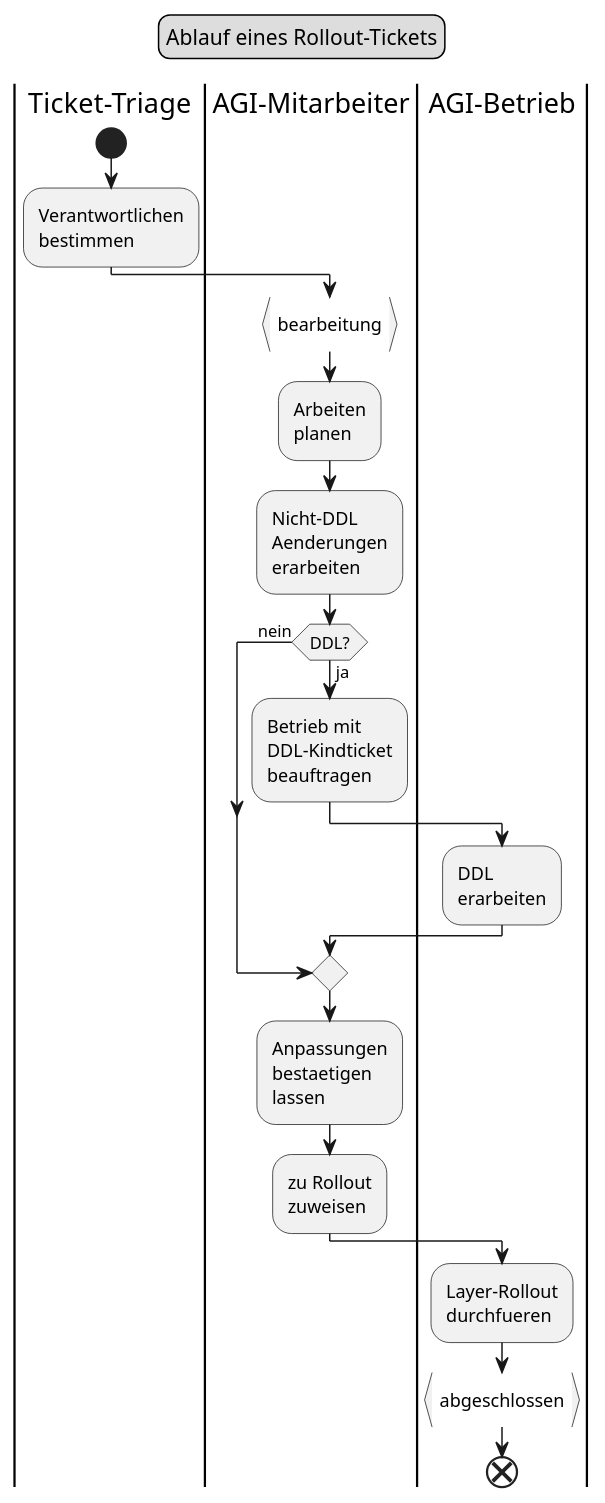
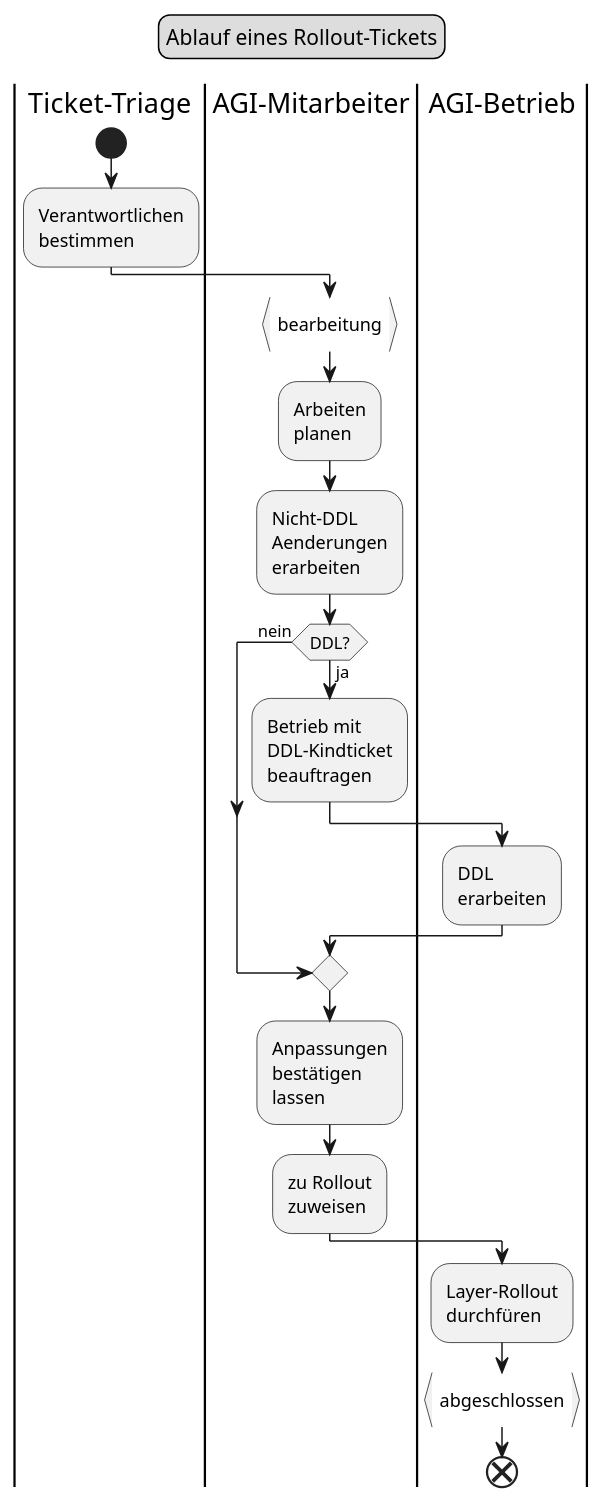
Before and after one commit to ojeker/docktick: the diagram in puml/src/flow_rollout.puml, drawn with PlantUML. The commit also changed 18 other files, not shown here.

Commit message:
Diagramme mit Umlauten versehen

```diff
--- a/puml/src/flow_rollout.puml
+++ b/puml/src/flow_rollout.puml
@@ -1,50 +1,50 @@
 @startuml
 legend top
 	Ablauf eines Rollout-Tickets
 end legend
 |Ticket-Triage|
 start
 :Verantwortlichen
 bestimmen;
 |AGI-Mitarbeiter|
 
 :bearbeitung}
 
 :Arbeiten
 planen;
 
 :Nicht-DDL
 Aenderungen
 erarbeiten;
 
 if (DDL?) then (nein)
 
 else (ja)
 
 :Betrieb mit
 DDL-Kindticket
 beauftragen;
 
 |AGI-Betrieb|
 
 :DDL
 erarbeiten;
 
 endif
 
 |AGI-Mitarbeiter|
 :Anpassungen
-bestaetigen
+bestätigen
 lassen;
 
 :zu Rollout
 zuweisen;
 
 |AGI-Betrieb|
 :Layer-Rollout
-durchfueren;
+durchfüren;
 
 :abgeschlossen}
 
 end
 @enduml
```
